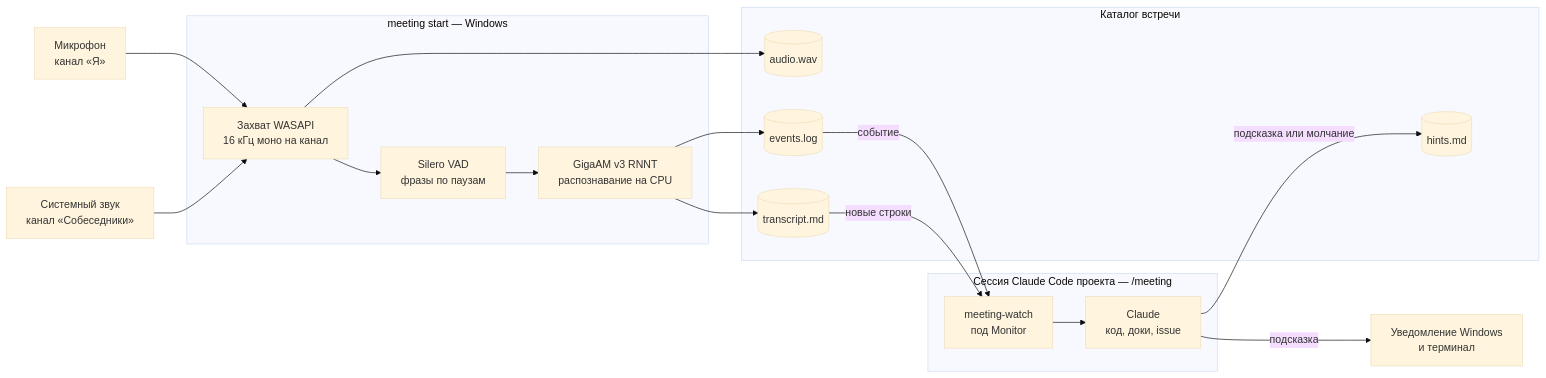
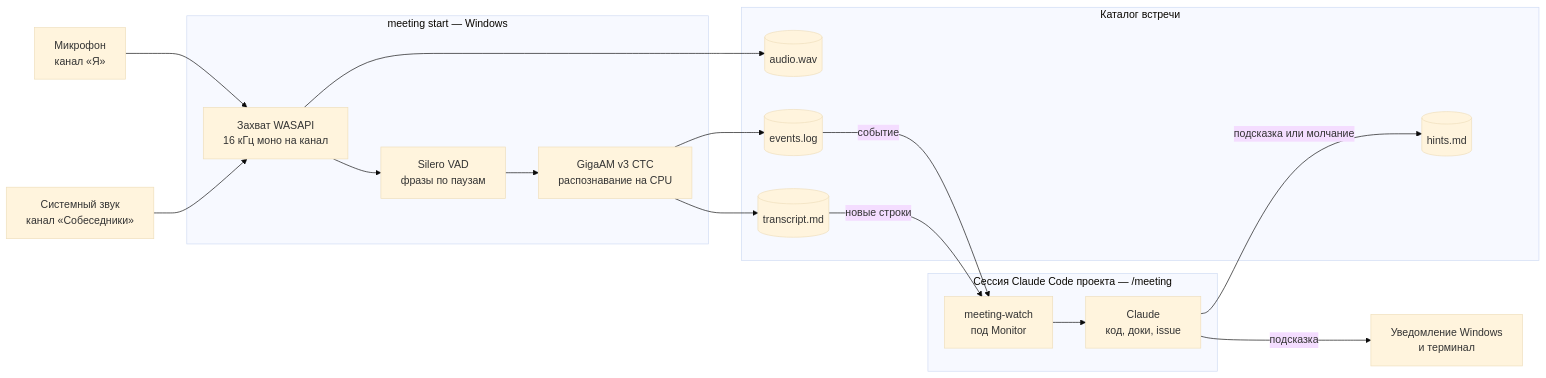
The first of 2 diagrams in docs/architecture.md (juk-777/MeetingAssistant), drawn with Mermaid (base theme) before and after one commit. The commit also changed other lines of this file and 12 other files, not shown here.

Commit message:
Живое распознавание остаётся на CTC: смена модели снята по замеру на записях созвонов (#39)

````diff
--- a/docs/architecture.md
+++ b/docs/architecture.md
@@ -8,37 +8,37 @@
 ```mermaid
 flowchart LR
     mic["Микрофон<br/>канал «Я»"]
     loopback["Системный звук<br/>канал «Собеседники»"]
 
     subgraph app["meeting start — Windows"]
         capture["Захват WASAPI<br/>16 кГц моно на канал"]
         vad["Silero VAD<br/>фразы по паузам"]
-        asr["GigaAM v3 RNNT<br/>распознавание на CPU"]
+        asr["GigaAM v3 CTC<br/>распознавание на CPU"]
     end
 
     subgraph folder["Каталог встречи"]
         wav[("audio.wav")]
         transcript[("transcript.md")]
         events[("events.log")]
         hints[("hints.md")]
     end
 
     subgraph session["Сессия Claude Code проекта — /meeting"]
         watch["meeting-watch<br/>под Monitor"]
         claude["Claude<br/>код, доки, issue"]
     end
 
     toast["Уведомление Windows<br/>и терминал"]
 
     mic --> capture
     loopback --> capture
     capture --> wav
     capture --> vad --> asr
     asr --> transcript
     asr --> events
     events -->|"событие"| watch
     transcript -->|"новые строки"| watch
     watch --> claude
     claude -->|"подсказка или молчание"| hints
     claude -->|"подсказка"| toast
 ```
````
